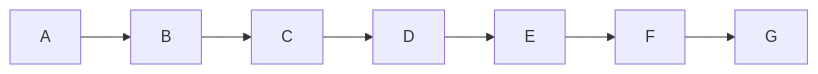
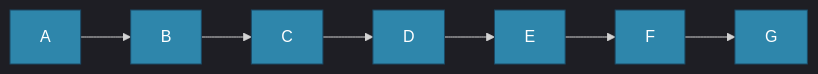
Before and after one commit to zxremail/cursor.config_mcp_rules_skills: the third of 9 diagrams in skills/mermaid-flowchart-layout/SKILL.md, drawn with Mermaid. The commit also changed other lines of this file and 3 other files, not shown here.

````diff
--- a/skills/mermaid-flowchart-layout/SKILL.md
+++ b/skills/mermaid-flowchart-layout/SKILL.md
@@ -137,5 +162,8 @@
 ```mermaid
+%%{init: {'theme': 'dark'}}%%
 flowchart LR
     A --> B --> C --> D
     D --> E --> F --> G
+    classDef n fill:#2E86AB,stroke:#1B4965,color:#FFFFFF
+    class A,B,C,D,E,F,G n
 ```
````
